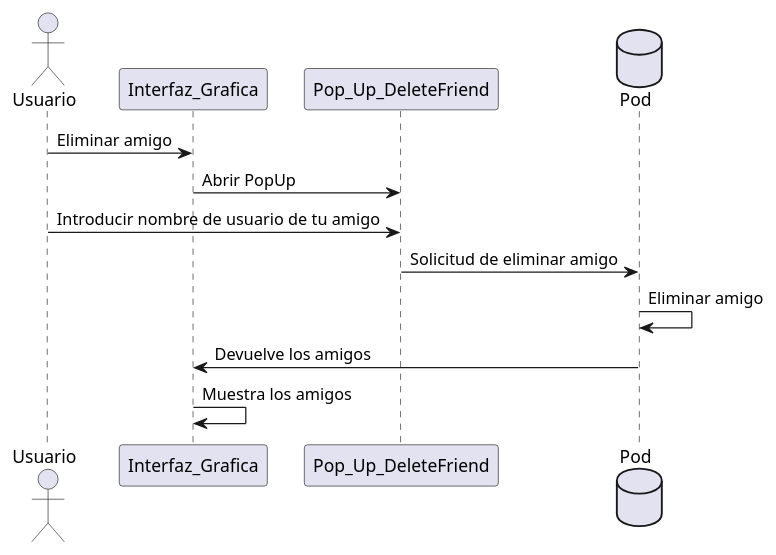
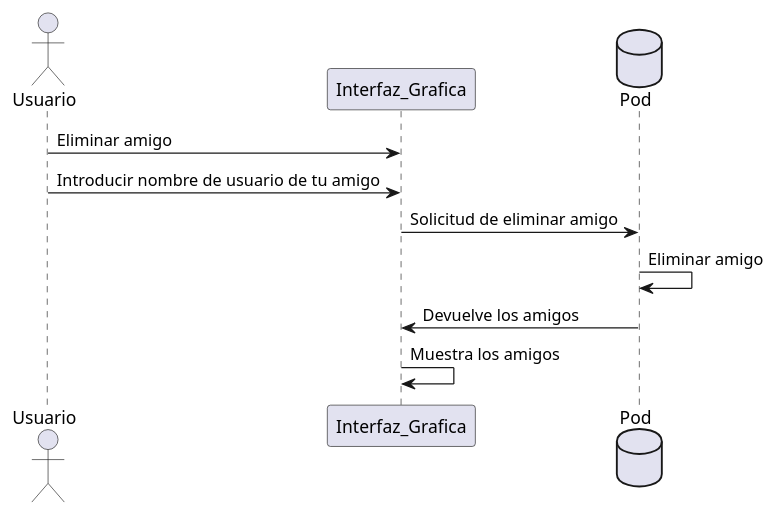
One commit to UO264862/radarin_es2b changed the third of 10 diagrams in webapp/docs/06_runtime_view.adoc. Above: the diagram before and after it, drawn with PlantUML. The commit also changed other lines of this file and 1 other file, not shown here.

```diff
--- a/webapp/docs/06_runtime_view.adoc
+++ b/webapp/docs/06_runtime_view.adoc
@@ -71,15 +69,15 @@
 [plantuml, runtime_view3, svg]
 ----
+@startuml
 actor Usuario
 participant Interfaz_Grafica
-participant Pop_Up_DeleteFriend
 database Pod
 Usuario -> Interfaz_Grafica: Eliminar amigo
-Interfaz_Grafica -> Pop_Up_DeleteFriend: Abrir PopUp
-Usuario -> Pop_Up_DeleteFriend: Introducir nombre de usuario de tu amigo
+Usuario -> Interfaz_Grafica: Introducir nombre de usuario de tu amigo
 
-Pop_Up_DeleteFriend -> Pod: Solicitud de eliminar amigo
+Interfaz_Grafica -> Pod: Solicitud de eliminar amigo
 Pod->Pod: Eliminar amigo
 Pod-> Interfaz_Grafica: Devuelve los amigos
 Interfaz_Grafica -> Interfaz_Grafica: Muestra los amigos
+@enduml
 ----
```
